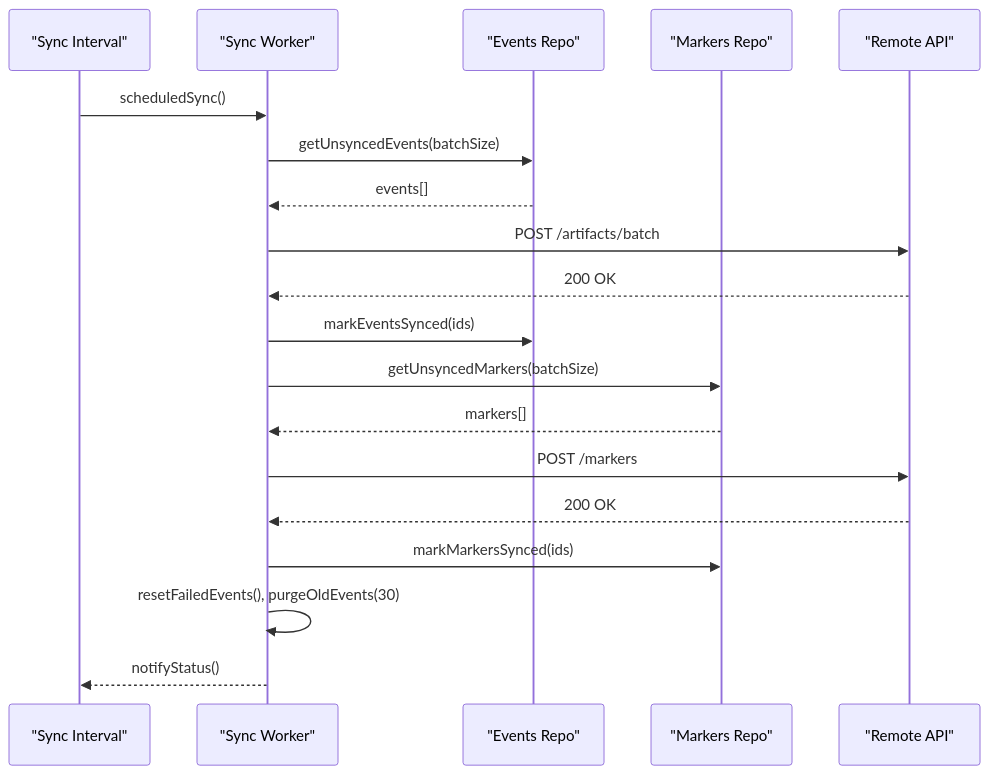
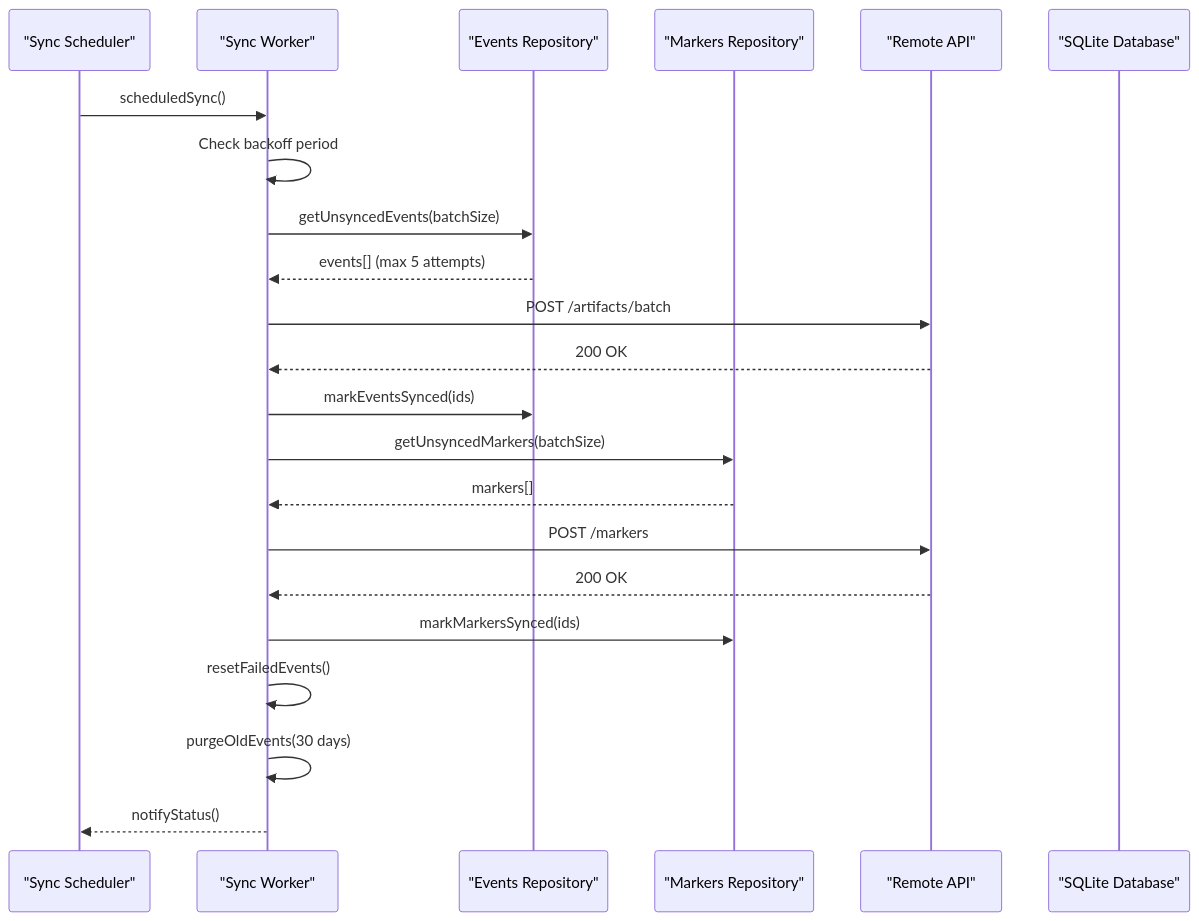
Before and after one commit to WizardJIOCb/rodion.pro: the seventh of 11 diagrams in .qoder/repowiki/en/content/Core Features/Electron Desktop Application.md, drawn with Mermaid. The commit also changed other lines of this file and 26 other files, not shown here.

````diff
--- a/.qoder/repowiki/en/content/Core Features/Electron Desktop Application.md
+++ b/.qoder/repowiki/en/content/Core Features/Electron Desktop Application.md
@@ -265,21 +429,24 @@
 ```mermaid
 sequenceDiagram
-participant Timer as "Sync Interval"
+participant Timer as "Sync Scheduler"
 participant Worker as "Sync Worker"
-participant Events as "Events Repo"
-participant Markers as "Markers Repo"
+participant Events as "Events Repository"
+participant Markers as "Markers Repository"
 participant Server as "Remote API"
+participant DB as "SQLite Database"
 Timer->>Worker : scheduledSync()
+Worker->>Worker : Check backoff period
 Worker->>Events : getUnsyncedEvents(batchSize)
-Events-->>Worker : events[]
+Events-->>Worker : events[] (max 5 attempts)
 Worker->>Server : POST /artifacts/batch
 Server-->>Worker : 200 OK
 Worker->>Events : markEventsSynced(ids)
 Worker->>Markers : getUnsyncedMarkers(batchSize)
 Markers-->>Worker : markers[]
 Worker->>Server : POST /markers
 Server-->>Worker : 200 OK
 Worker->>Markers : markMarkersSynced(ids)
-Worker->>Worker : resetFailedEvents(), purgeOldEvents(30)
+Worker->>Worker : resetFailedEvents()
+Worker->>Worker : purgeOldEvents(30 days)
 Worker-->>Timer : notifyStatus()
 ```
````
